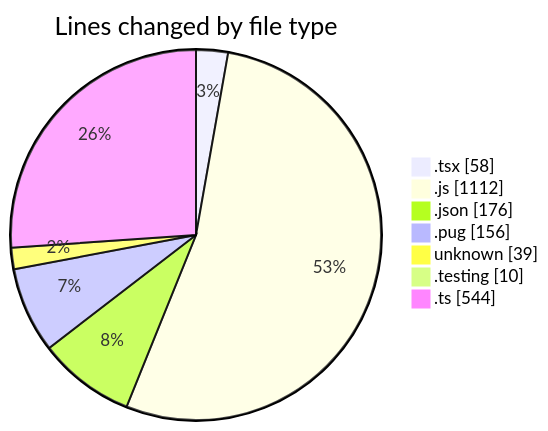
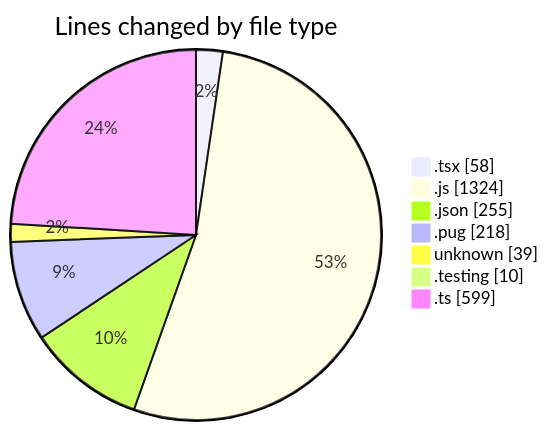
The first of 2 diagrams in 2025-03-07/cda/README.md (momahboobian/code-tracking), drawn with Mermaid before and after one commit. The commit also changed other lines of this file and 1 other file, not shown here.

````diff
--- a/2025-03-07/cda/README.md
+++ b/2025-03-07/cda/README.md
@@ -34,11 +34,11 @@
 ```mermaid
 pie showData
 title Lines changed by file type
 ".tsx" : 58
-".js" : 1112
-".json" : 176
-".pug" : 156
+".js" : 1324
+".json" : 255
+".pug" : 218
 "unknown" : 39
 ".testing" : 10
-".ts" : 544
+".ts" : 599
 ```
````
